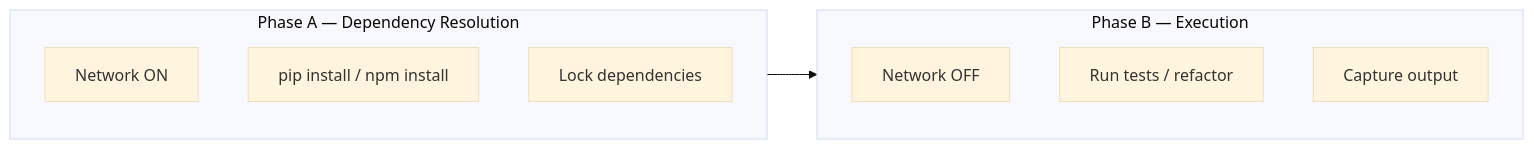
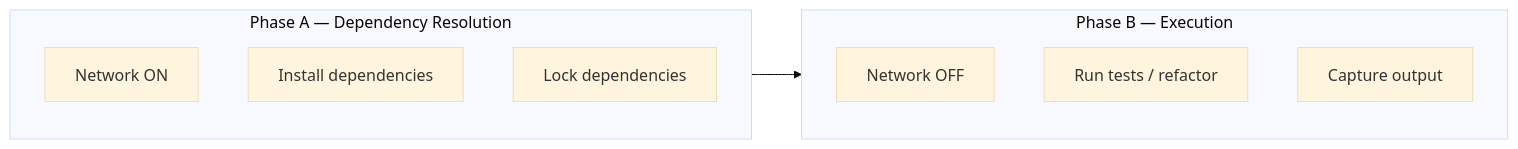
One commit to arubara2021/CodeGuardian changed diagram 17 of 25 in docs/04-architecture.md. Above: the diagram before and after it, drawn with Mermaid (base theme). The commit also changed other lines of this file and 5 other files, not shown here.

````diff
--- a/docs/04-architecture.md
+++ b/docs/04-architecture.md
@@ -697,16 +965,16 @@
 ```mermaid
 flowchart LR
     subgraph Phase1["Phase A — Dependency Resolution"]
         NetOn[Network ON]
-        Install[pip install / npm install]
+        Install[Install dependencies]
         Lock[Lock dependencies]
     end
 
     subgraph Phase2["Phase B — Execution"]
         NetOff[Network OFF]
         Run[Run tests / refactor]
         Capture[Capture output]
     end
 
     Phase1 --> Phase2
 ```
````
